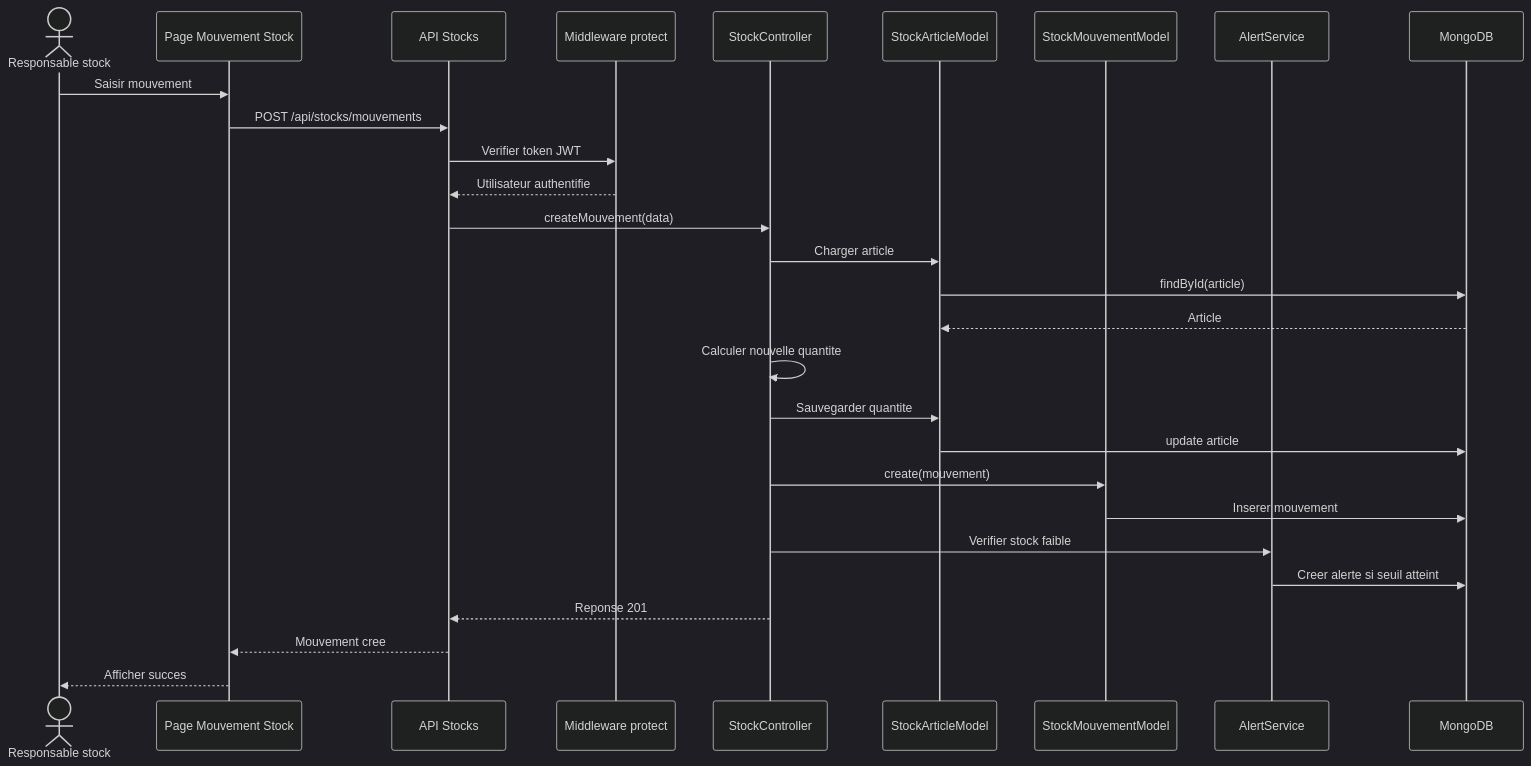
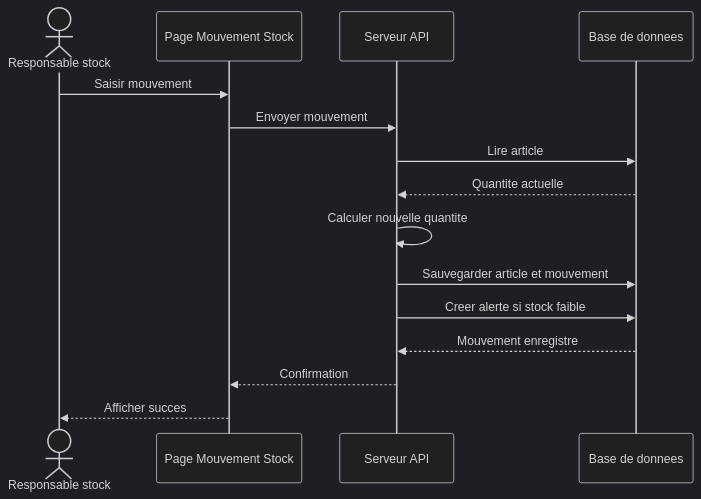
One commit to Youness-Ailal/bovins_cmc changed the diagram in tasks/youness/sequence-stock-mouvement.md. Above: the diagram before and after it, drawn with Mermaid (dark theme). The commit also changed 14 other files, not shown here.

````diff
--- a/tasks/youness/sequence-stock-mouvement.md
+++ b/tasks/youness/sequence-stock-mouvement.md
@@ -3,31 +3,18 @@
 ```mermaid
 sequenceDiagram
     actor Responsable as Responsable stock
-    participant Frontend as Page Mouvement Stock
-    participant API as API Stocks
-    participant Middleware as Middleware protect
-    participant Controller as StockController
-    participant Article as StockArticleModel
-    participant Mouvement as StockMouvementModel
-    participant Alertes as AlertService
-    participant DB as MongoDB
+    participant Interface as Page Mouvement Stock
+    participant Serveur as Serveur API
+    participant DB as Base de donnees
 
-    Responsable->>Frontend: Saisir mouvement
-    Frontend->>API: POST /api/stocks/mouvements
-    API->>Middleware: Verifier token JWT
-    Middleware-->>API: Utilisateur authentifie
-    API->>Controller: createMouvement(data)
-    Controller->>Article: Charger article
-    Article->>DB: findById(article)
-    DB-->>Article: Article
-    Controller->>Controller: Calculer nouvelle quantite
-    Controller->>Article: Sauvegarder quantite
-    Article->>DB: update article
-    Controller->>Mouvement: create(mouvement)
-    Mouvement->>DB: Inserer mouvement
-    Controller->>Alertes: Verifier stock faible
-    Alertes->>DB: Creer alerte si seuil atteint
-    Controller-->>API: Reponse 201
-    API-->>Frontend: Mouvement cree
-    Frontend-->>Responsable: Afficher succes
+    Responsable->>Interface: Saisir mouvement
+    Interface->>Serveur: Envoyer mouvement
+    Serveur->>DB: Lire article
+    DB-->>Serveur: Quantite actuelle
+    Serveur->>Serveur: Calculer nouvelle quantite
+    Serveur->>DB: Sauvegarder article et mouvement
+    Serveur->>DB: Creer alerte si stock faible
+    DB-->>Serveur: Mouvement enregistre
+    Serveur-->>Interface: Confirmation
+    Interface-->>Responsable: Afficher succes
 ```
````
